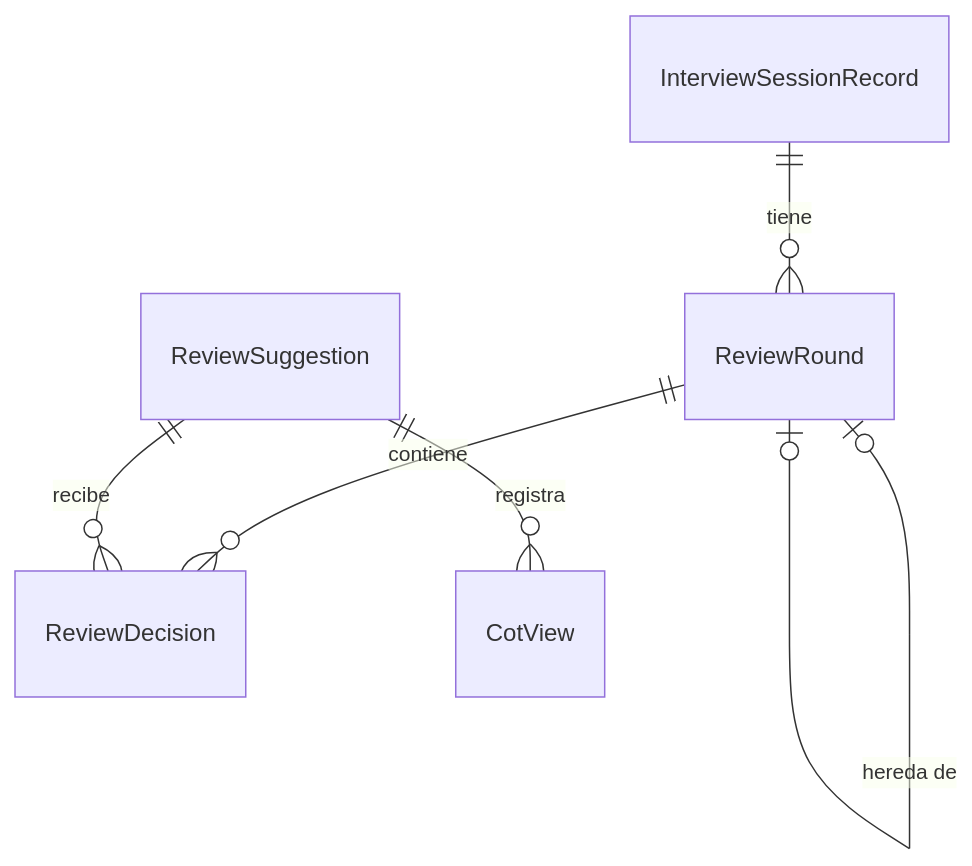
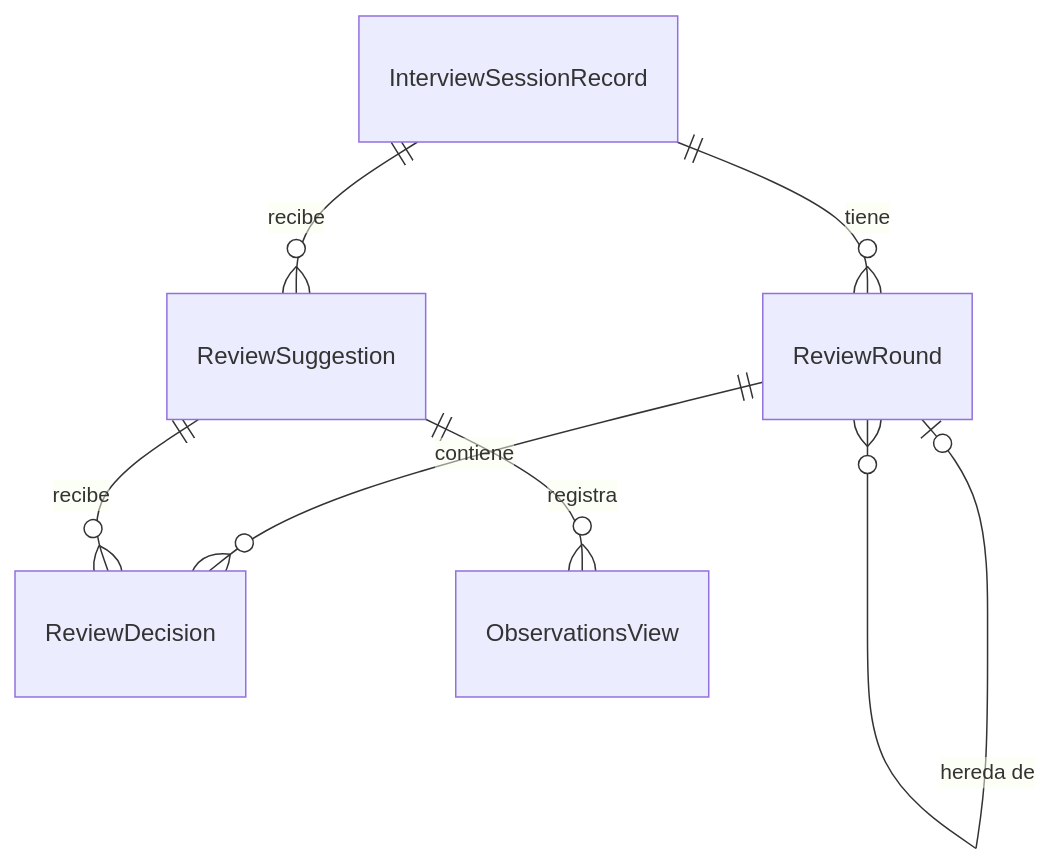
Before and after one commit to freyesJaveriana/tai: the fourth of 4 diagrams in aidlc/spaces/default/intents/261002-veridicus-mvp/construction/human-review/functional-design/functional-spec.md, drawn with Mermaid. The commit also changed other lines of this file and 9 other files, not shown here.

````diff
--- a/aidlc/spaces/default/intents/261002-veridicus-mvp/construction/human-review/functional-design/functional-spec.md
+++ b/aidlc/spaces/default/intents/261002-veridicus-mvp/construction/human-review/functional-design/functional-spec.md
@@ -130,8 +203,9 @@
 ```mermaid
 erDiagram
   InterviewSessionRecord ||--o{ ReviewRound : "tiene"
+  InterviewSessionRecord ||--o{ ReviewSuggestion : "recibe"
   ReviewRound ||--o{ ReviewDecision : "contiene"
   ReviewSuggestion ||--o{ ReviewDecision : "recibe"
-  ReviewSuggestion ||--o{ CotView : "registra"
-  ReviewRound |o--o| ReviewRound : "hereda de"
+  ReviewSuggestion ||--o{ ObservationsView : "registra"
+  ReviewRound |o--o{ ReviewRound : "hereda de"
 ```
````
